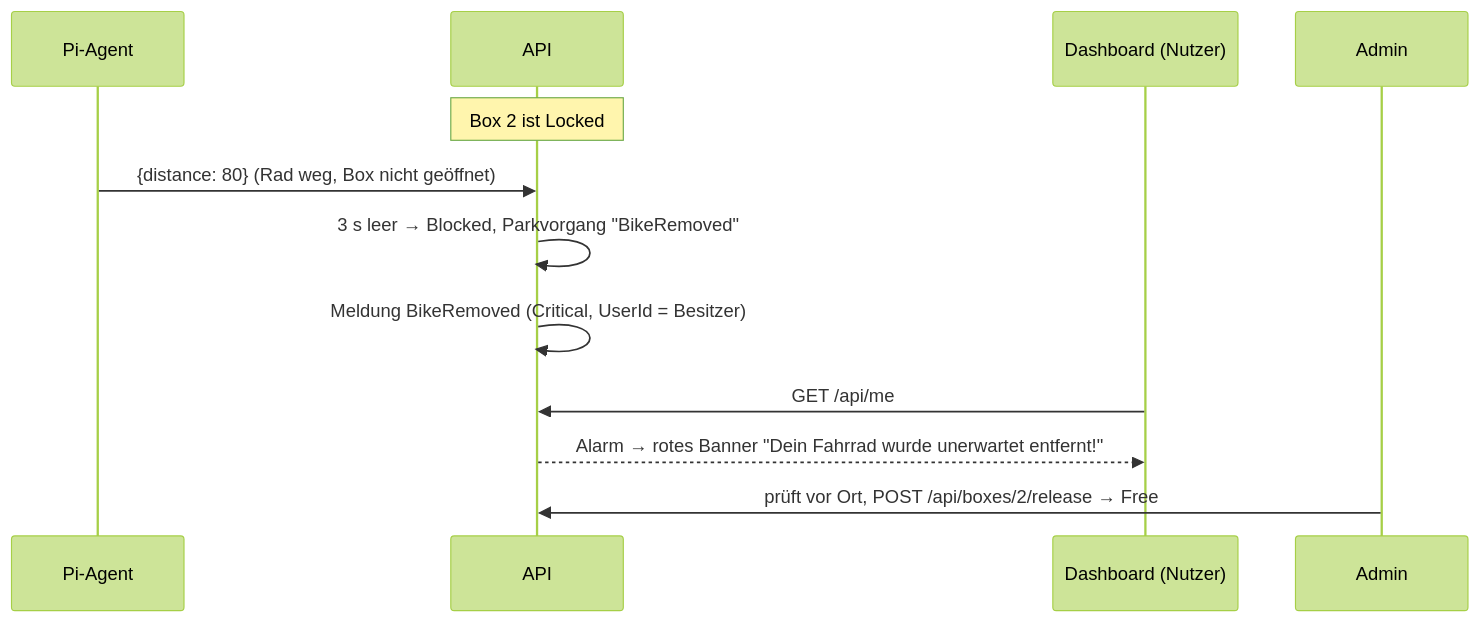
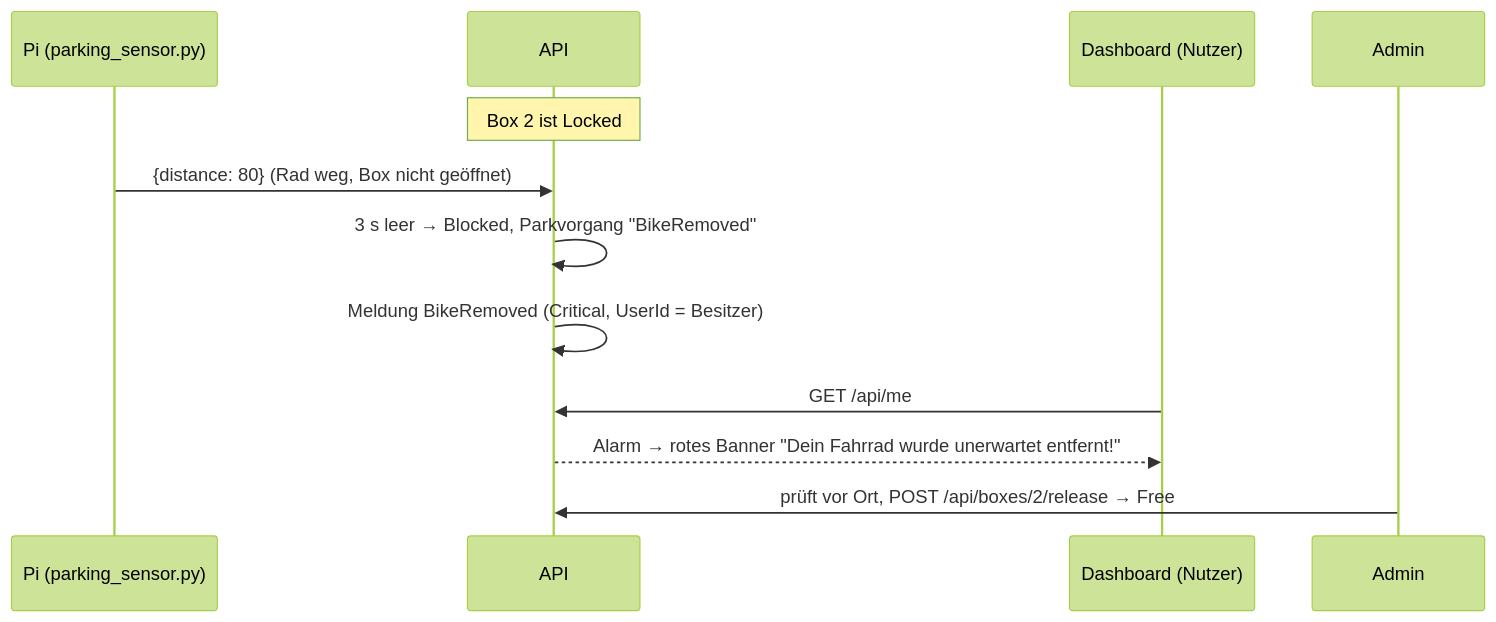
The fifth of 5 diagrams in docs/ARCHITEKTUR.md (LaurenzBonke/Bikestation), drawn with Mermaid (forest theme) before and after one commit. The commit also changed other lines of this file and 69 other files, not shown here.

````diff
--- a/docs/ARCHITEKTUR.md
+++ b/docs/ARCHITEKTUR.md
@@ -164,15 +164,15 @@
 ```mermaid
 sequenceDiagram
-    participant P as Pi-Agent
+    participant P as Pi (parking_sensor.py)
     participant A as API
     participant F as Dashboard (Nutzer)
     participant AD as Admin
 
     Note over A: Box 2 ist Locked
     P->>A: {distance: 80} (Rad weg, Box nicht geöffnet)
     A->>A: 3 s leer → Blocked, Parkvorgang "BikeRemoved"
     A->>A: Meldung BikeRemoved (Critical, UserId = Besitzer)
     F->>A: GET /api/me
     A-->>F: Alarm → rotes Banner "Dein Fahrrad wurde unerwartet entfernt!"
     AD->>A: prüft vor Ort, POST /api/boxes/2/release → Free
 ```
````
